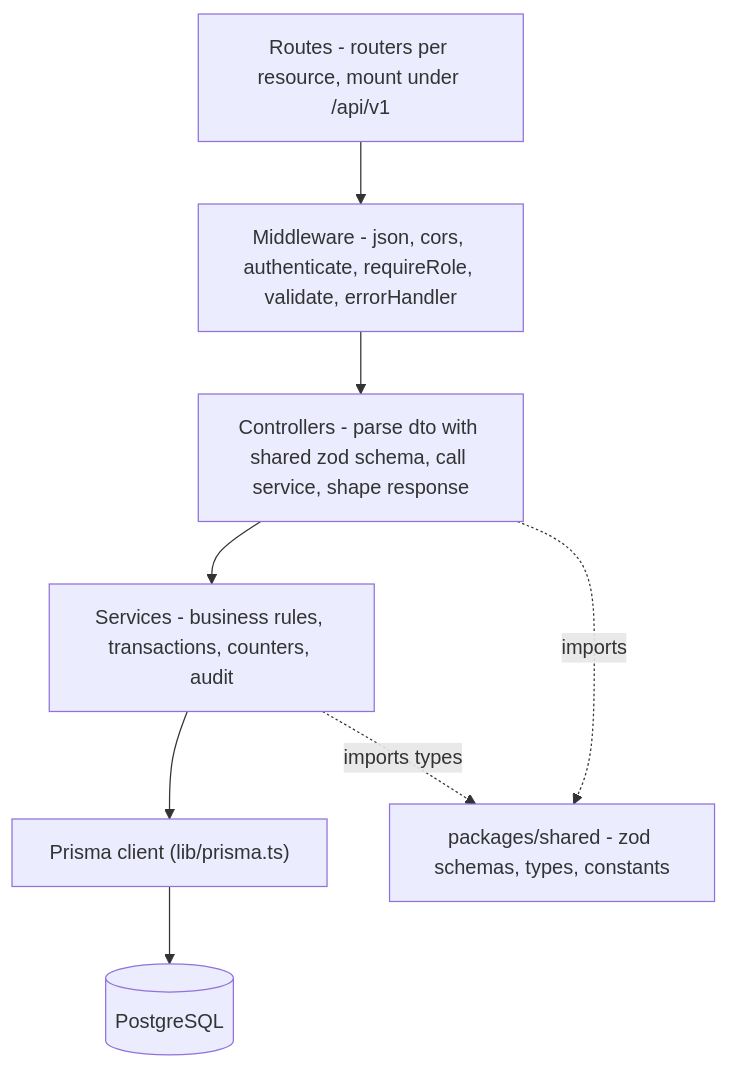
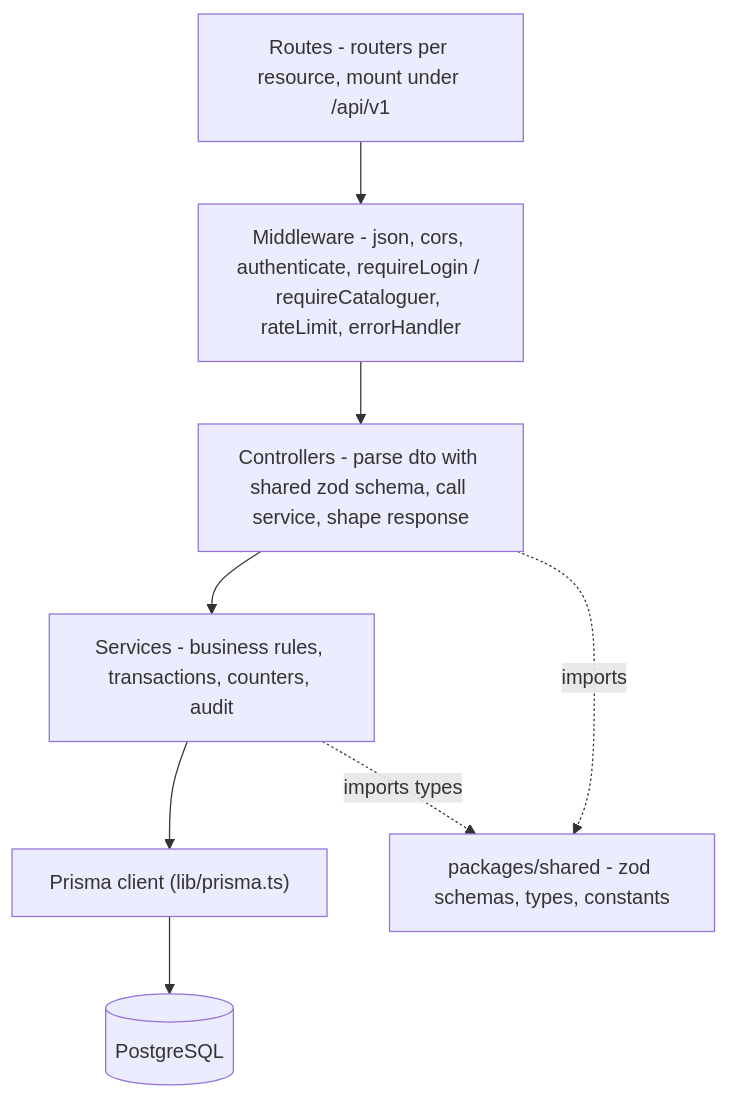
One commit to YashIIT0909/SWE_LAB_Assignment changed the second of 9 diagrams in docs/04-design.md. Above: the diagram before and after it, drawn with Mermaid. The commit also changed other lines of this file and 8 other files, not shown here.

First line of the commit message:
Update the use case and design docs for the new UML diagrams

````diff
--- a/docs/04-design.md
+++ b/docs/04-design.md
@@ -34,14 +35,14 @@
 ```mermaid
 flowchart TB
     R["Routes - routers per resource, mount under /api/v1"]
-    MW["Middleware - json, cors, authenticate, requireRole, validate, errorHandler"]
+    MW["Middleware - json, cors, authenticate, requireLogin / requireCataloguer, rateLimit, errorHandler"]
     C["Controllers - parse dto with shared zod schema, call service, shape response"]
     S["Services - business rules, transactions, counters, audit"]
     P["Prisma client (lib/prisma.ts)"]
     DB[("PostgreSQL")]
     SH["packages/shared - zod schemas, types, constants"]
 
     R --> MW --> C --> S --> P --> DB
     C -. "imports" .-> SH
     S -. "imports types" .-> SH
 ```
````
